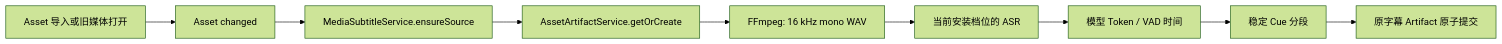
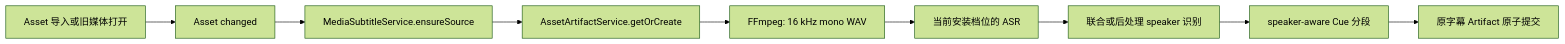
Before and after one commit to wu-tian807/learning-companion: the first of 2 diagrams in docs/superpowers/specs/2026-08-16-video-subtitle-translation-design.md, drawn with Mermaid (forest theme). The commit also changed other lines of this file and 26 other files, not shown here.

Commit message:
feat(media-subtitles): add speaker-aware hardware profiles

````diff
--- a/docs/superpowers/specs/2026-08-16-video-subtitle-translation-design.md
+++ b/docs/superpowers/specs/2026-08-16-video-subtitle-translation-design.md
@@ -182,11 +182,11 @@
 ```mermaid
 flowchart LR
     IMPORT["Asset 导入或旧媒体打开"] --> EVENT["Asset changed"]
     EVENT --> SERVICE["MediaSubtitleService.ensureSource"]
     SERVICE --> CACHE["AssetArtifactService.getOrCreate"]
     CACHE --> NORMALIZE["FFmpeg: 16 kHz mono WAV"]
     NORMALIZE --> ASR["当前安装档位的 ASR"]
-    ASR --> ALIGN["模型 Token / VAD 时间"]
-    ALIGN --> SEGMENT["稳定 Cue 分段"]
+    ASR --> SPEAKER["联合或后处理 speaker 识别"]
+    SPEAKER --> SEGMENT["speaker-aware Cue 分段"]
     SEGMENT --> ARTIFACT["原字幕 Artifact 原子提交"]
 ```
````
